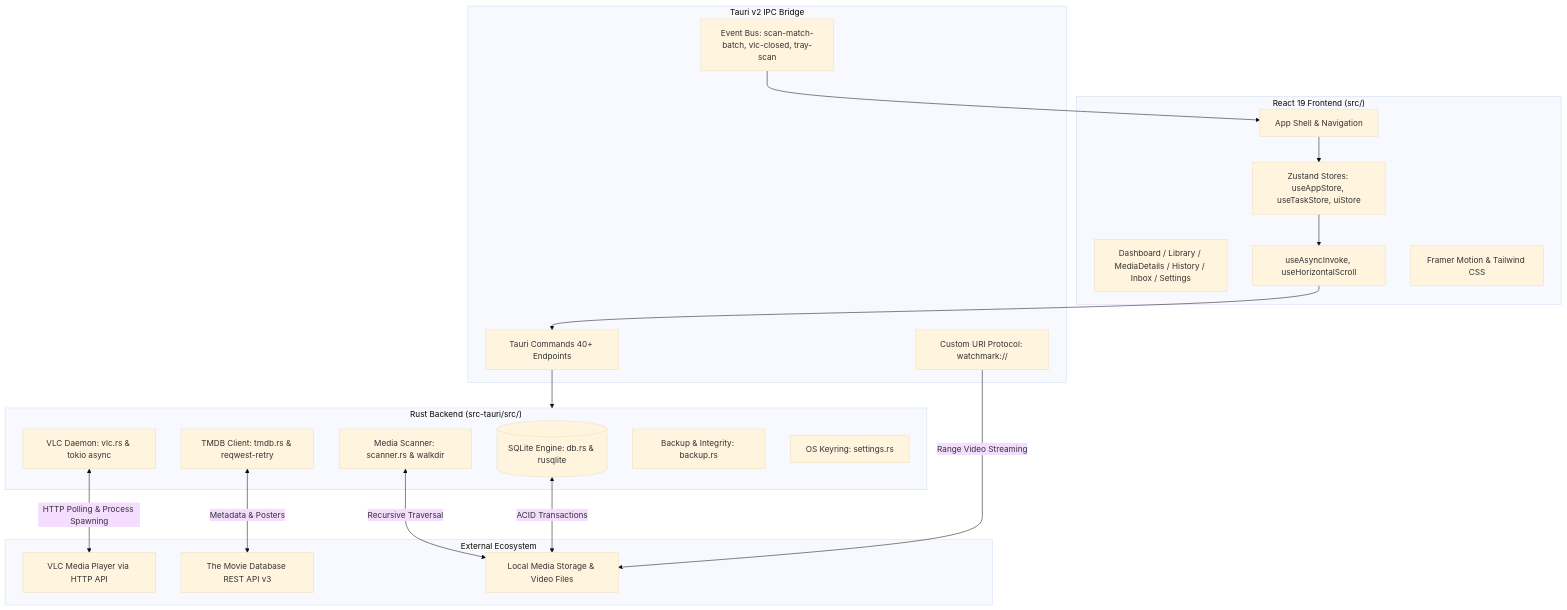
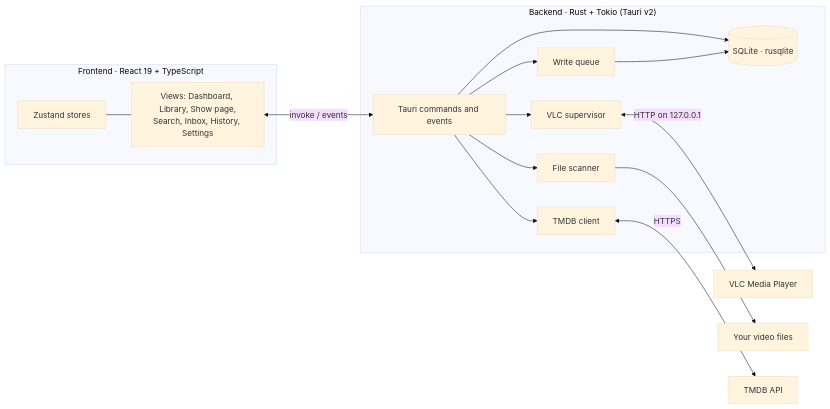
Before and after one commit to Headhunte-121/Watchmark: the diagram in README.md, drawn with Mermaid (base theme). The commit also changed other lines of this file and 21 other files, not shown here.

````diff
--- a/README.md
+++ b/README.md
@@ -118,43 +96,24 @@
 ```mermaid
-graph TD
-    subgraph Frontend ["React 19 Frontend (src/)"]
-        UI[App Shell & Navigation]
-        Pages[Dashboard / Library / MediaDetails / History / Inbox / Settings]
-        Stores[Zustand Stores: useAppStore, useTaskStore, uiStore]
-        Hooks[useAsyncInvoke, useHorizontalScroll]
-        Motion[Framer Motion & Tailwind CSS]
+graph LR
+    subgraph UI["Frontend · React 19 + TypeScript"]
+        Views[Views: Dashboard, Library, Show page,<br/>Search, Inbox, History, Settings]
+        Stores[Zustand stores]
     end
 
-    subgraph IPC ["Tauri v2 IPC Bridge"]
-        Commands[Tauri Commands 40+ Endpoints]
-        Events[Event Bus: scan-match-batch, vlc-closed, tray-scan]
-        Protocols[Custom URI Protocol: watchmark://]
+    subgraph Core["Backend · Rust + Tokio (Tauri v2)"]
+        Cmd[Tauri commands and events]
+        DB[(SQLite · rusqlite)]
+        Queue[Write queue]
+        VLC[VLC supervisor]
+        Scan[File scanner]
+        TMDB[TMDB client]
     end
 
-    subgraph Backend ["Rust Backend (src-tauri/src/)"]
-        DB[(SQLite Engine: db.rs & rusqlite)]
-        VLC[VLC Daemon: vlc.rs & tokio async]
-        Scanner[Media Scanner: scanner.rs & walkdir]
-        TMDB[TMDB Client: tmdb.rs & reqwest-retry]
-        Backup[Backup & Integrity: backup.rs]
-        Sec[OS Keyring: settings.rs]
-    end
-
-    subgraph External ["External Ecosystem"]
-        VLC_App[VLC Media Player via HTTP API]
-        TMDB_API[The Movie Database REST API v3]
-        Disk[Local Media Storage & Video Files]
-    end
-
-    UI --> Stores
-    Stores --> Hooks
-    Hooks --> Commands
-    Commands --> Backend
-    Events --> UI
-
-    VLC <-->|HTTP Polling & Process Spawning| VLC_App
-    TMDB <-->|Metadata & Posters| TMDB_API
-    Scanner <-->|Recursive Traversal| Disk
-    DB <-->|ACID Transactions| Disk
-    Protocols -->|Range Video Streaming| Disk
+    Views <-->|invoke / events| Cmd
+    Stores --- Views
+    Cmd --> DB
+    Cmd --> Queue --> DB
+    Cmd --> VLC <-->|HTTP on 127.0.0.1| VLCApp[VLC Media Player]
+    Cmd --> Scan --> Disk[Your video files]
+    Cmd --> TMDB <-->|HTTPS| TMDBAPI[TMDB API]
 ```
````
